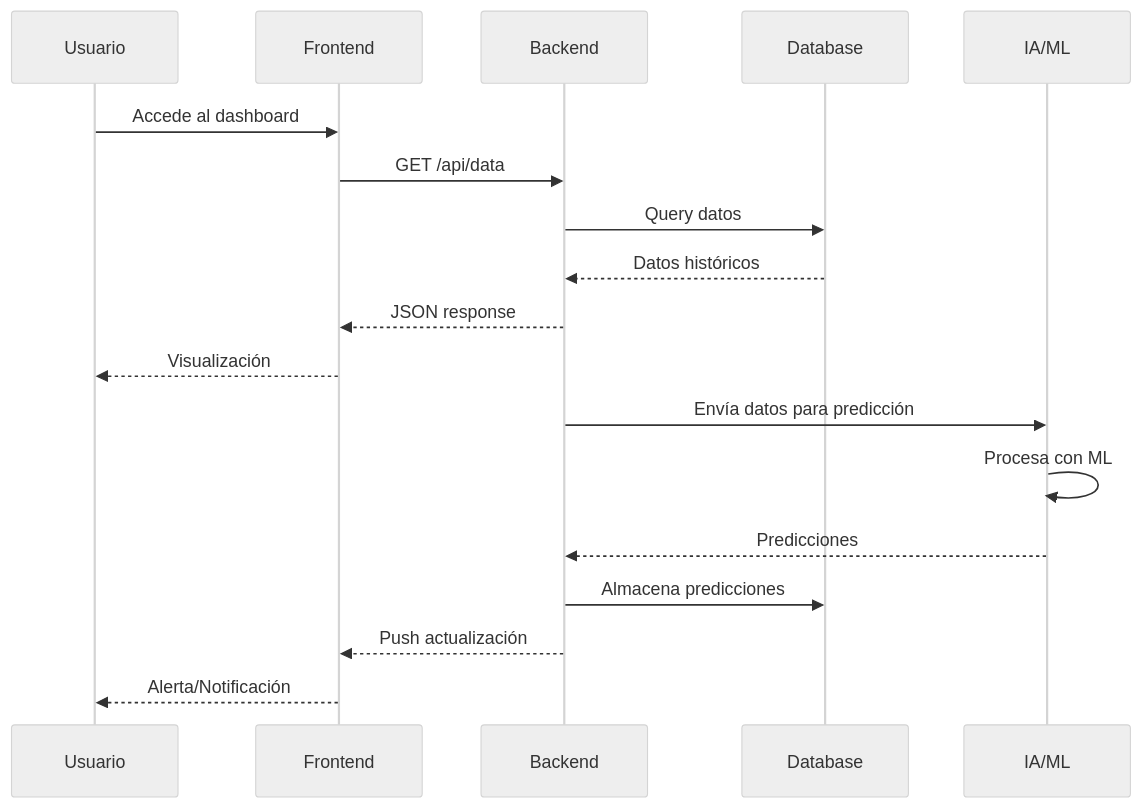
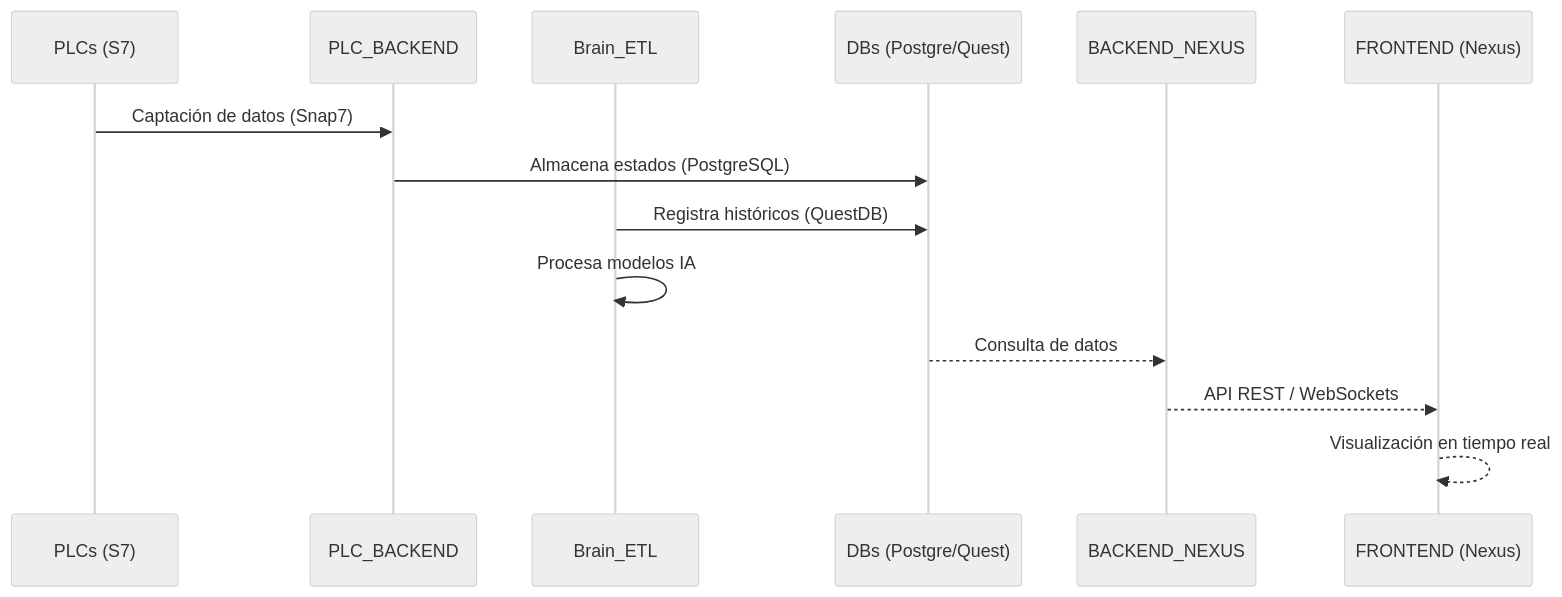
One commit to luisrodriguezlopez96/MybrAIn-Documentation changed the second of 3 diagrams in README.md. Above: the diagram before and after it, drawn with Mermaid (neutral theme). The commit also changed other lines of this file, not shown here.

````diff
--- a/README.md
+++ b/README.md
@@ -106,22 +99,17 @@
 ```mermaid
 sequenceDiagram
-    participant U as Usuario
-    participant F as Frontend
-    participant B as Backend
-    participant DB as Database
-    participant AI as IA/ML
+    participant PLC as PLCs (S7)
+    participant PB as PLC_BACKEND
+    participant BE as Brain_ETL
+    participant DB as DBs (Postgre/Quest)
+    participant NX as BACKEND_NEXUS
+    participant UI as FRONTEND (Nexus)
     
-    U->>F: Accede al dashboard
-    F->>B: GET /api/data
-    B->>DB: Query datos
-    DB-->>B: Datos históricos
-    B-->>F: JSON response
-    F-->>U: Visualización
-    
-    B->>AI: Envía datos para predicción
-    AI->>AI: Procesa con ML
-    AI-->>B: Predicciones
-    B->>DB: Almacena predicciones
-    B-->>F: Push actualización
-    F-->>U: Alerta/Notificación
+    PLC->>PB: Captación de datos (Snap7)
+    PB->>DB: Almacena estados (PostgreSQL)
+    BE->>DB: Registra históricos (QuestDB)
+    BE->>BE: Procesa modelos IA
+    DB-->>NX: Consulta de datos
+    NX-->>UI: API REST / WebSockets
+    UI-->>UI: Visualización en tiempo real
 ```
````
